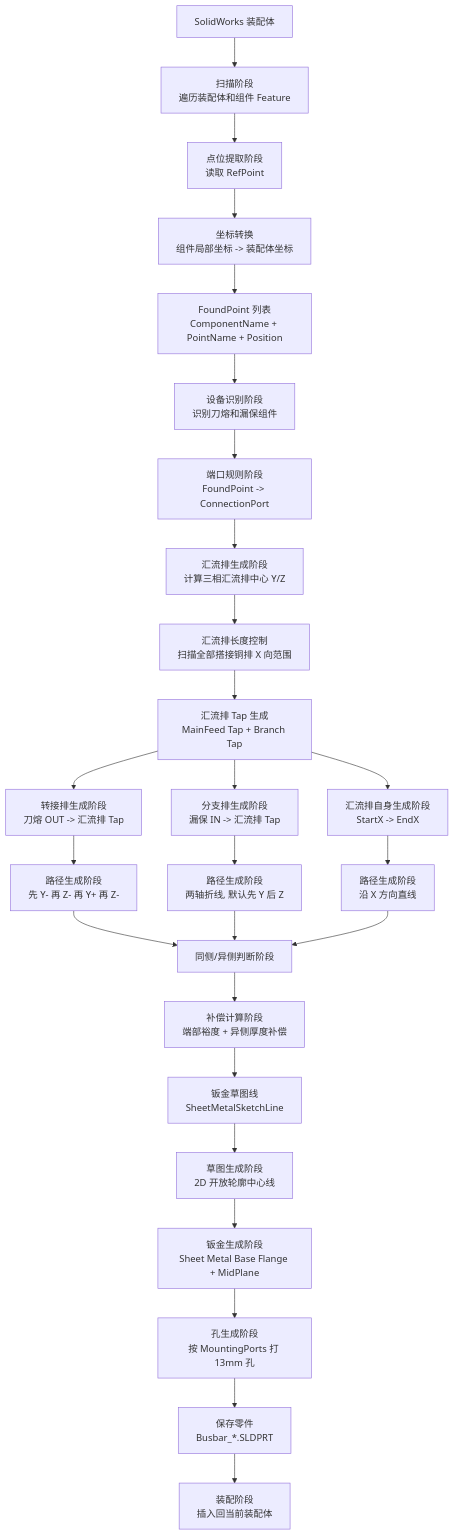
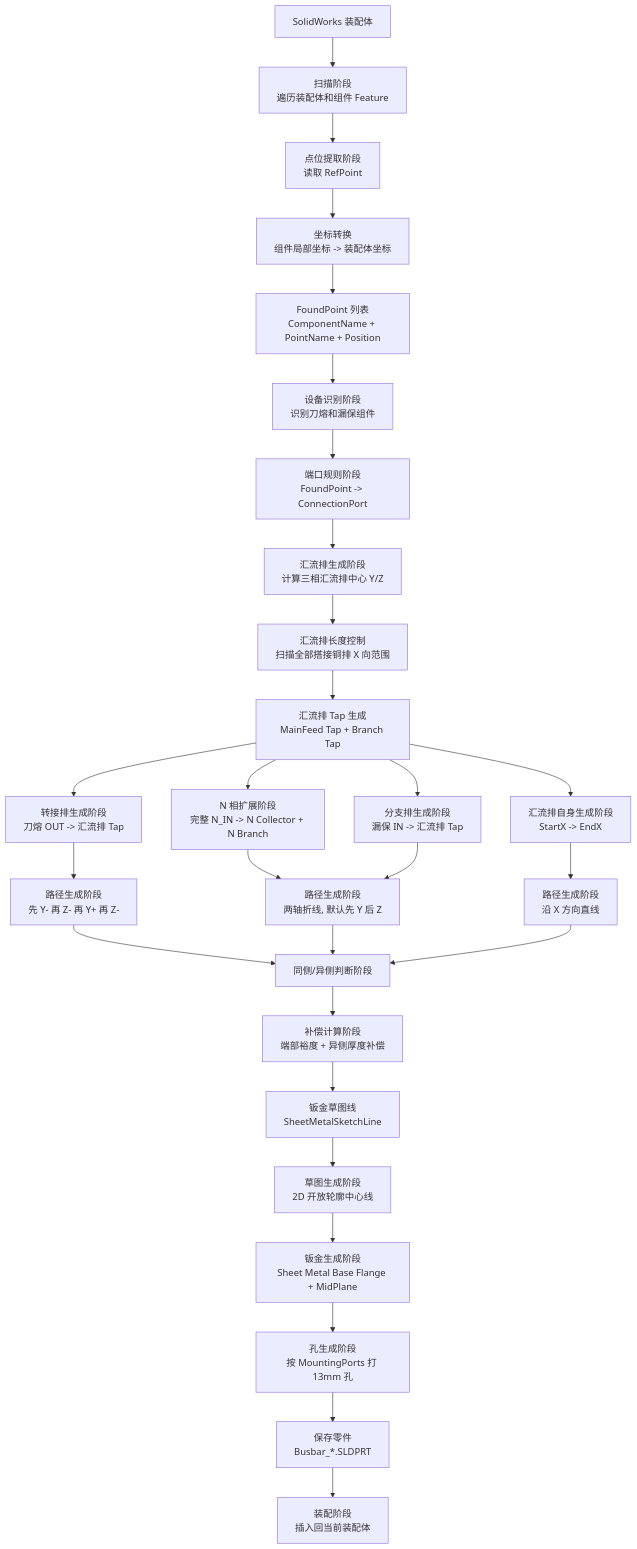
One commit to Tleide/solidworks-busbar-automation changed the diagram in BusinessFlow.md. Above: the diagram before and after it, drawn with Mermaid. The commit also changed other lines of this file and 6 other files, not shown here.

````diff
--- a/BusinessFlow.md
+++ b/BusinessFlow.md
@@ -80,33 +82,35 @@
 ```mermaid
 flowchart TD
     A["SolidWorks 装配体"] --> B["扫描阶段<br/>遍历装配体和组件 Feature"]
     B --> C["点位提取阶段<br/>读取 RefPoint"]
     C --> D["坐标转换<br/>组件局部坐标 -> 装配体坐标"]
     D --> E["FoundPoint 列表<br/>ComponentName + PointName + Position"]
 
     E --> F["设备识别阶段<br/>识别刀熔和漏保组件"]
     F --> G["端口规则阶段<br/>FoundPoint -> ConnectionPort"]
     G --> H["汇流排生成阶段<br/>计算三相汇流排中心 Y/Z"]
     H --> I["汇流排长度控制<br/>扫描全部搭接铜排 X 向范围"]
     I --> J["汇流排 Tap 生成<br/>MainFeed Tap + Branch Tap"]
 
+    J --> K0["N 相扩展阶段<br/>完整 N_IN -> N Collector + N Branch"]
     J --> K1["转接排生成阶段<br/>刀熔 OUT -> 汇流排 Tap"]
     J --> K2["分支排生成阶段<br/>漏保 IN -> 汇流排 Tap"]
     J --> K3["汇流排自身生成阶段<br/>StartX -> EndX"]
 
+    K0 --> L2
     K1 --> L1["路径生成阶段<br/>先 Y- 再 Z- 再 Y+ 再 Z-"]
     K2 --> L2["路径生成阶段<br/>两轴折线, 默认先 Y 后 Z"]
     K3 --> L3["路径生成阶段<br/>沿 X 方向直线"]
 
     L1 --> M["同侧/异侧判断阶段"]
     L2 --> M
     L3 --> M
 
     M --> N["补偿计算阶段<br/>端部裕度 + 异侧厚度补偿"]
     N --> O["钣金草图线<br/>SheetMetalSketchLine"]
     O --> P["草图生成阶段<br/>2D 开放轮廓中心线"]
     P --> Q["钣金生成阶段<br/>Sheet Metal Base Flange + MidPlane"]
     Q --> R["孔生成阶段<br/>按 MountingPorts 打 13mm 孔"]
     R --> S["保存零件<br/>Busbar_*.SLDPRT"]
     S --> T["装配阶段<br/>插入回当前装配体"]
 ```
````
